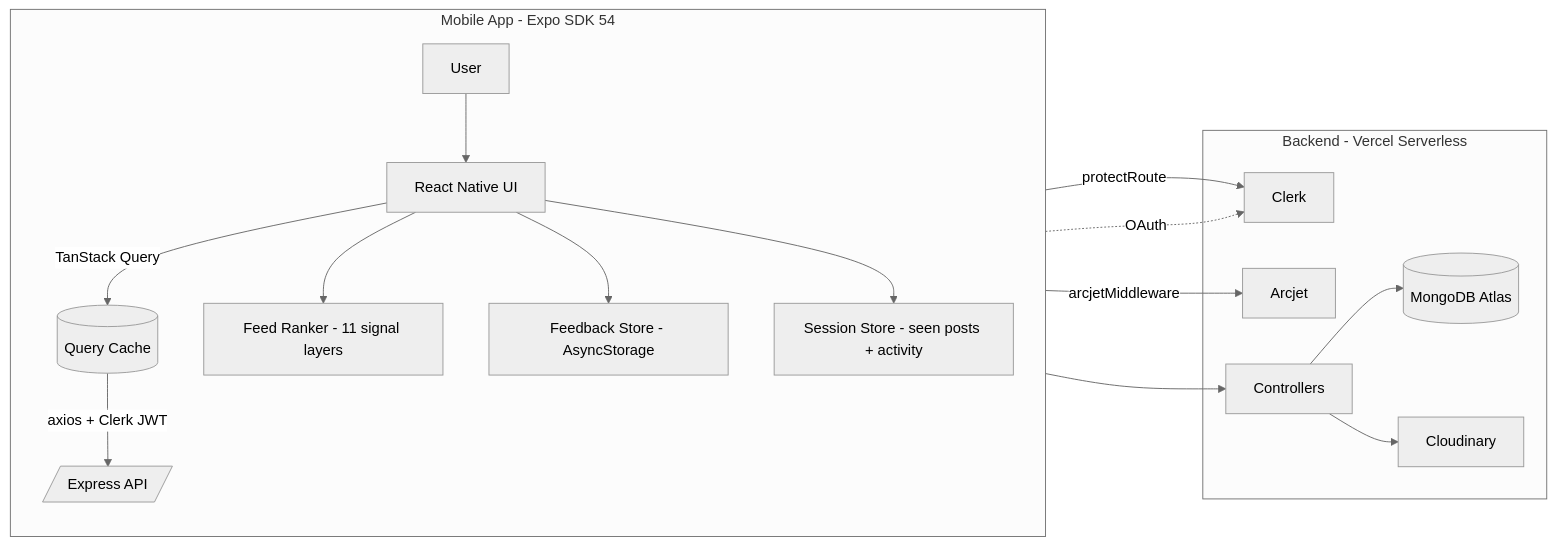
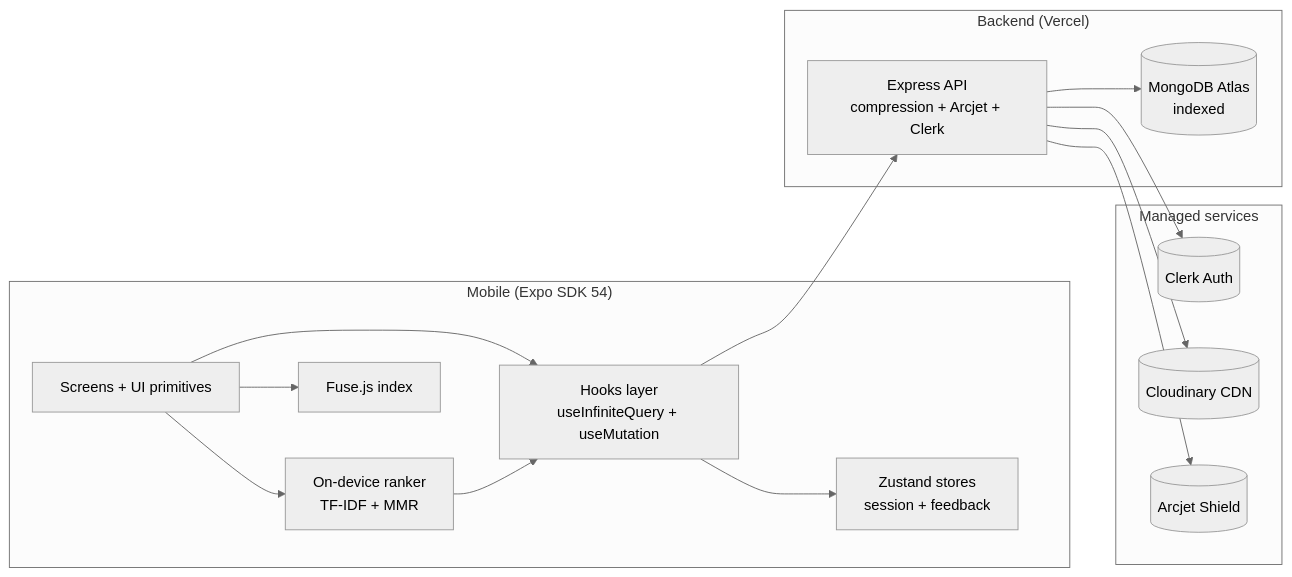
One commit to aashir-athar/xmind-app changed the diagram in README.md. Above: the diagram before and after it, drawn with Mermaid (neutral theme). The commit also changed other lines of this file and 42 other files, not shown here.

````diff
--- a/README.md
+++ b/README.md
@@ -117,23 +123,32 @@
 ```mermaid
 flowchart LR
-    subgraph Mobile [Mobile App - Expo SDK 54]
-      direction TB
-      U[User] --> RN[React Native UI]
-      RN -->|TanStack Query| RQ[(Query Cache)]
-      RQ -->|axios + Clerk JWT| API
-      RN --> FR[Feed Ranker - 11 signal layers]
-      RN --> FB[Feedback Store - AsyncStorage]
-      RN --> SS[Session Store - seen posts + activity]
+    subgraph Mobile["Mobile (Expo SDK 54)"]
+        UI[Screens + UI primitives]
+        Hooks[Hooks layer<br/>useInfiniteQuery + useMutation]
+        Stores[Zustand stores<br/>session + feedback]
+        Ranker[On-device ranker<br/>TF-IDF + MMR]
+        Search[Fuse.js index]
     end
 
-    subgraph Edge [Backend - Vercel Serverless]
-      API[/Express API/]
-      API -->|protectRoute| CLERK[Clerk]
-      API -->|arcjetMiddleware| ARC[Arcjet]
-      API --> CTRL[Controllers]
-      CTRL --> M[(MongoDB Atlas)]
-      CTRL --> CL[Cloudinary]
+    subgraph Backend["Backend (Vercel)"]
+        API[Express API<br/>compression + Arcjet + Clerk]
+        Mongo[(MongoDB Atlas<br/>indexed)]
     end
 
-    Mobile -. OAuth .-> CLERK
+    subgraph Vendors[Managed services]
+        Clerk[(Clerk Auth)]
+        Cloud[(Cloudinary CDN)]
+        Arcjet[(Arcjet Shield)]
+    end
+
+    UI --> Hooks
+    Hooks --> API
+    UI --> Ranker
+    Ranker --> Hooks
+    UI --> Search
+    Hooks --> Stores
+    API --> Mongo
+    API --> Clerk
+    API --> Cloud
+    API --> Arcjet
 ```
````
